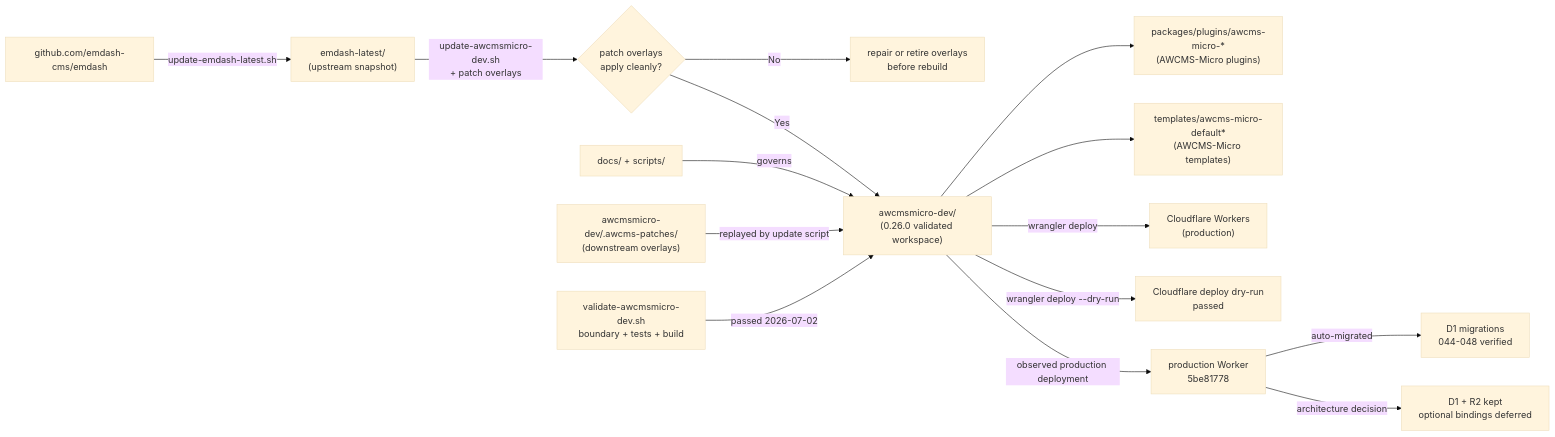
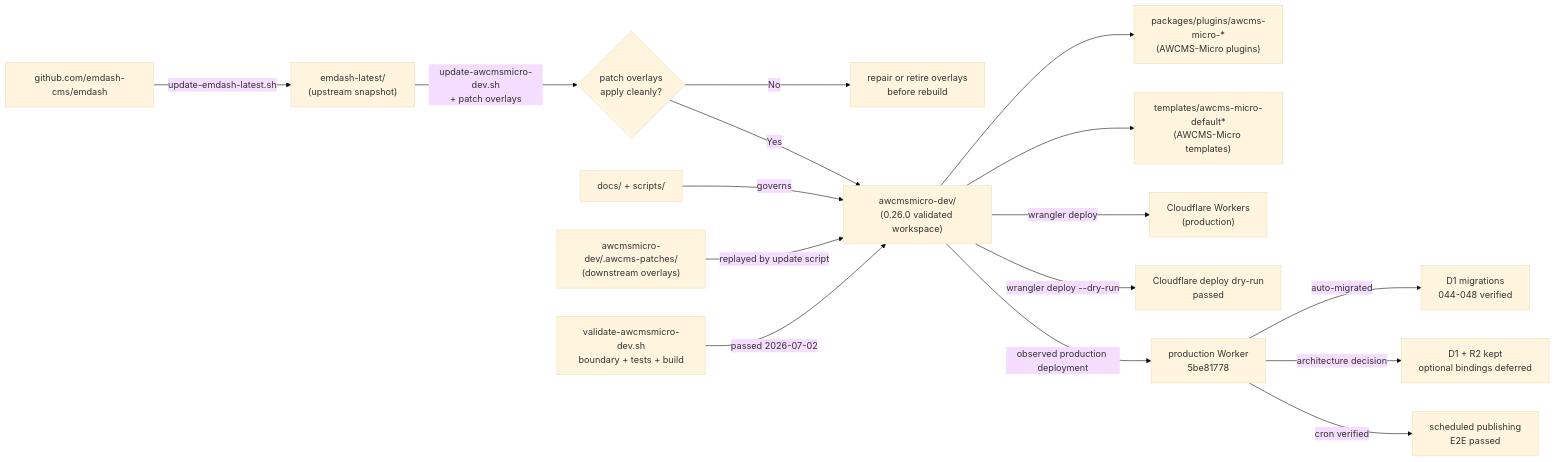
The first of 2 diagrams in README.md (ahliweb/awcms-micro), drawn with Mermaid (base theme) before and after one commit. The commit also changed other lines of this file and 5 other files, not shown here.

Commit message:
feat: verify and document end-to-end scheduled publishing in production; update changelog and sync notes for EmDash 0.26.0

````diff
--- a/README.md
+++ b/README.md
@@ -51,17 +51,18 @@
 ```mermaid
 flowchart LR
   GH["github.com/emdash-cms/emdash"] -->|"update-emdash-latest.sh"| Latest["emdash-latest/\n(upstream snapshot)"]
   Latest -->|"update-awcmsmicro-dev.sh\n+ patch overlays"| Gate{"patch overlays\napply cleanly?"}
   Gate -->|"No"| Blocked["repair or retire overlays\nbefore rebuild"]
   Gate -->|"Yes"| Dev["awcmsmicro-dev/\n(0.26.0 validated workspace)"]
   Dev --> Plugins["packages/plugins/awcms-micro-*\n(AWCMS-Micro plugins)"]
   Dev --> Templates["templates/awcms-micro-default*\n(AWCMS-Micro templates)"]
   Dev -->|"wrangler deploy"| CF["Cloudflare Workers\n(production)"]
   Docs["docs/ + scripts/"] -->|"governs"| Dev
   Patches["awcmsmicro-dev/.awcms-patches/\n(downstream overlays)"] -->|"replayed by update script"| Dev
   Validate["validate-awcmsmicro-dev.sh\nboundary + tests + build"] -->|"passed 2026-07-02"| Dev
   Dev -->|"wrangler deploy --dry-run"| DryRun["Cloudflare deploy dry-run\npassed"]
   Dev -->|"observed production deployment"| CF26["production Worker\n5be81778"]
   CF26 -->|"auto-migrated"| D1Migrations["D1 migrations\n044-048 verified"]
   CF26 -->|"architecture decision"| CFDecision["D1 + R2 kept\noptional bindings deferred"]
+  CF26 -->|"cron verified"| Scheduler["scheduled publishing\nE2E passed"]
 ```
````
